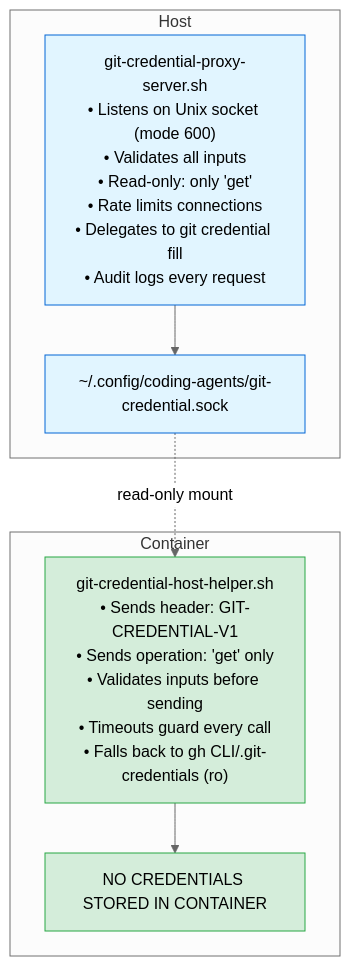
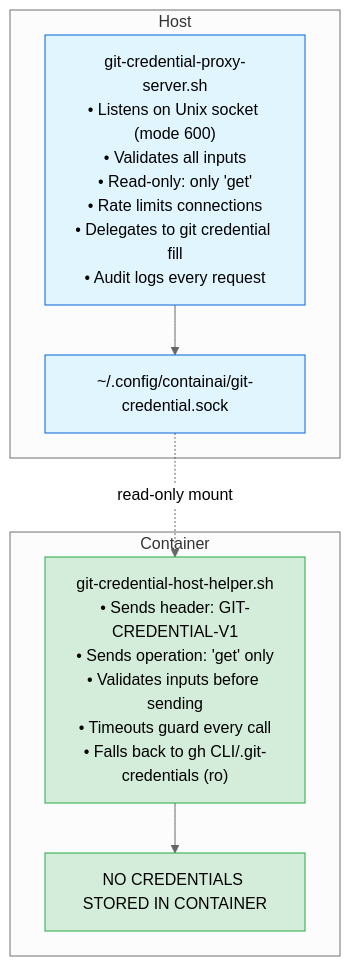
Before and after one commit to novotnyllc/ContainAI: the first of 2 diagrams in docs/security-credential-proxy.md, drawn with Mermaid (neutral theme). The commit also changed other lines of this file and 109 other files, not shown here.

````diff
--- a/docs/security-credential-proxy.md
+++ b/docs/security-credential-proxy.md
@@ -56,21 +56,21 @@
 ```mermaid
 flowchart TB
    subgraph Host
       server["git-credential-proxy-server.sh\n• Listens on Unix socket (mode 600)\n• Validates all inputs\n• Read-only: only 'get'\n• Rate limits connections\n• Delegates to git credential fill\n• Audit logs every request"]
-      socket["~/.config/coding-agents/git-credential.sock"]
+      socket["~/.config/containai/git-credential.sock"]
       server --> socket
    end
 
    subgraph Container
       helper["git-credential-host-helper.sh\n• Sends header: GIT-CREDENTIAL-V1\n• Sends operation: 'get' only\n• Validates inputs before sending\n• Timeouts guard every call\n• Falls back to gh CLI/.git-credentials (ro)"]
       noCreds["NO CREDENTIALS STORED IN CONTAINER"]
       helper --> noCreds
    end
 
    socket -. read-only mount .-> helper
 
    classDef host fill:#e1f5ff,stroke:#0366d6;
    classDef container fill:#d4edda,stroke:#28a745;
    class server,socket host;
    class helper,noCreds container;
 ```
````
